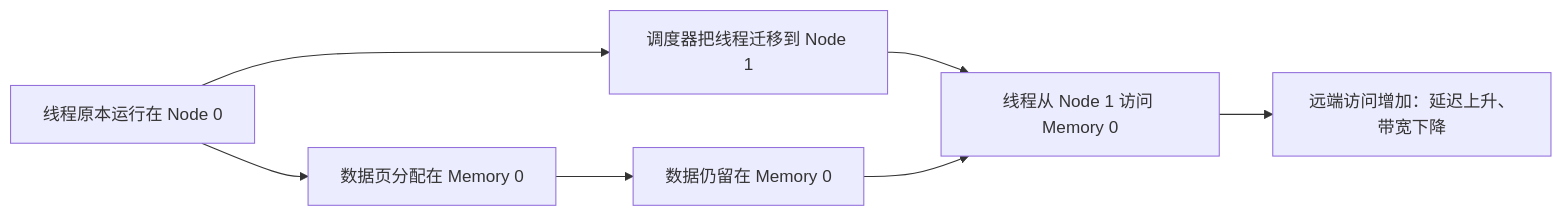
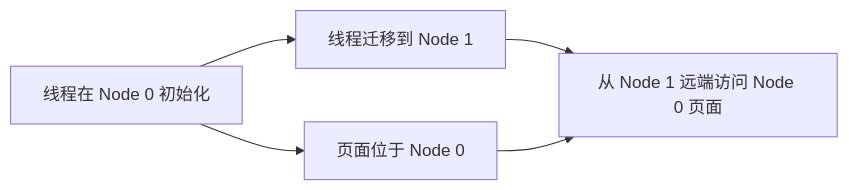
Diagram 23 of 36 in blog/os_review.md (Fizgrad/fizgrad.github.io), drawn with Mermaid before and after one commit. The commit also changed other lines of this file and 1 other file, not shown here.

````diff
--- a/blog/os_review.md
+++ b/blog/os_review.md
@@ -3717,9 +3920,7 @@
 ```mermaid
 flowchart LR
-    A["线程原本运行在 Node 0"] --> B["数据页分配在 Memory 0"]
-    A --> C["调度器把线程迁移到 Node 1"]
-    B --> D["数据仍留在 Memory 0"]
-    C --> E["线程从 Node 1 访问 Memory 0"]
-    D --> E
-    E --> F["远端访问增加：延迟上升、带宽下降"]
+    T0["线程在 Node 0 初始化"] --> P["页面位于 Node 0"]
+    T0 --> T1["线程迁移到 Node 1"]
+    T1 --> R["从 Node 1 远端访问 Node 0 页面"]
+    P --> R
 ```
````
